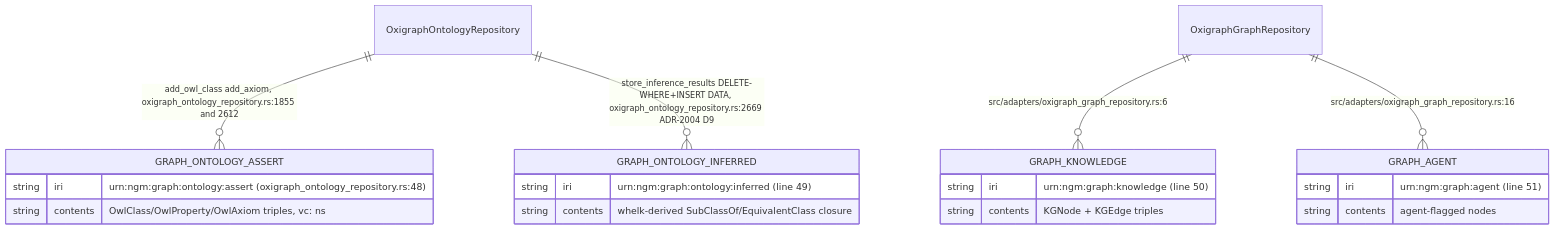
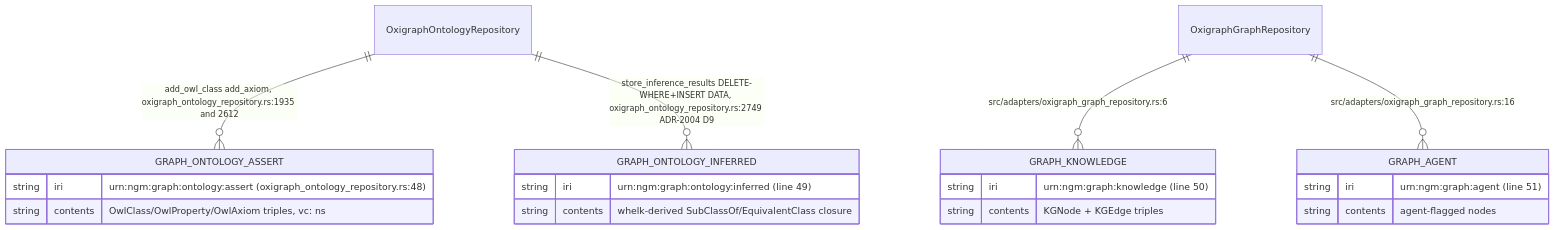
The second of 12 diagrams in docs/diagrams/visionclaw/20-ontology-pipeline-oxigraph-whelk.md (DreamLab-AI/VisionFlow), drawn with Mermaid before and after one commit. The commit also changed other lines of this file and 7 other files, not shown here.

````diff
--- a/docs/diagrams/visionclaw/20-ontology-pipeline-oxigraph-whelk.md
+++ b/docs/diagrams/visionclaw/20-ontology-pipeline-oxigraph-whelk.md
@@ -101,23 +101,23 @@
 ```mermaid
 erDiagram
     GRAPH_ONTOLOGY_ASSERT {
         string iri "urn:ngm:graph:ontology:assert (oxigraph_ontology_repository.rs:48)"
         string contents "OwlClass/OwlProperty/OwlAxiom triples, vc: ns"
     }
     GRAPH_ONTOLOGY_INFERRED {
         string iri "urn:ngm:graph:ontology:inferred (line 49)"
         string contents "whelk-derived SubClassOf/EquivalentClass closure"
     }
     GRAPH_KNOWLEDGE {
         string iri "urn:ngm:graph:knowledge (line 50)"
         string contents "KGNode + KGEdge triples"
     }
     GRAPH_AGENT {
         string iri "urn:ngm:graph:agent (line 51)"
         string contents "agent-flagged nodes"
     }
-    OxigraphOntologyRepository ||--o{ GRAPH_ONTOLOGY_ASSERT : "add_owl_class add_axiom, oxigraph_ontology_repository.rs:1855 and 2612"
-    OxigraphOntologyRepository ||--o{ GRAPH_ONTOLOGY_INFERRED : "store_inference_results DELETE-WHERE+INSERT DATA, oxigraph_ontology_repository.rs:2669 ADR-2004 D9"
+    OxigraphOntologyRepository ||--o{ GRAPH_ONTOLOGY_ASSERT : "add_owl_class add_axiom, oxigraph_ontology_repository.rs:1935 and 2612"
+    OxigraphOntologyRepository ||--o{ GRAPH_ONTOLOGY_INFERRED : "store_inference_results DELETE-WHERE+INSERT DATA, oxigraph_ontology_repository.rs:2749 ADR-2004 D9"
     OxigraphGraphRepository ||--o{ GRAPH_KNOWLEDGE : "src/adapters/oxigraph_graph_repository.rs:6"
     OxigraphGraphRepository ||--o{ GRAPH_AGENT : "src/adapters/oxigraph_graph_repository.rs:16"
 ```
````
